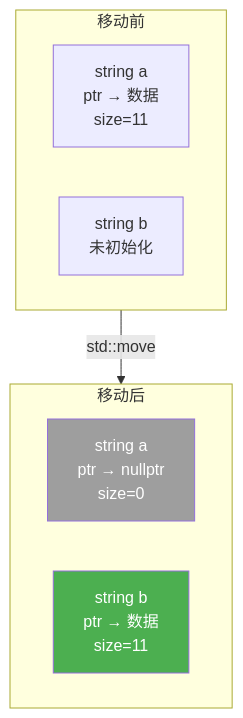
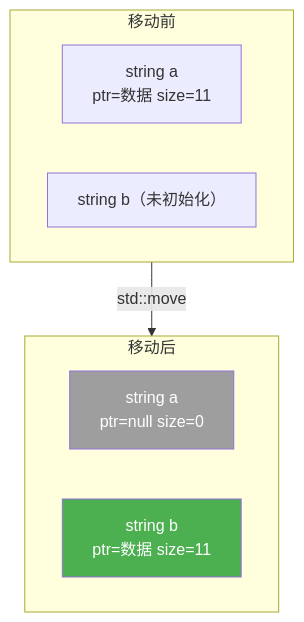
One commit to kok-s0s/job_ changed the first of 3 diagrams in cpp/move_semantics.md. Above: the diagram before and after it, drawn with Mermaid. The commit also changed other lines of this file and 1 other file, not shown here.

Commit message:
fix: 修复 Mermaid 节点中文文字溢出问题，缩短节点标签

````diff
--- a/cpp/move_semantics.md
+++ b/cpp/move_semantics.md
@@ -7,14 +7,14 @@
 ```mermaid
 flowchart TD
     subgraph before[移动前]
-        A1[string a\nptr → 数据\nsize=11]
-        B1[string b\n未初始化]
+        A1["string a\nptr=数据  size=11"]
+        B1["string b（未初始化）"]
     end
     subgraph after[移动后]
-        A2[string a\nptr → nullptr\nsize=0]
-        B2[string b\nptr → 数据\nsize=11]
+        A2["string a\nptr=null  size=0"]
+        B2["string b\nptr=数据  size=11"]
     end
     before -->|std::move| after
     style A2 fill:#9E9E9E,color:#fff
     style B2 fill:#4CAF50,color:#fff
 ```
````
